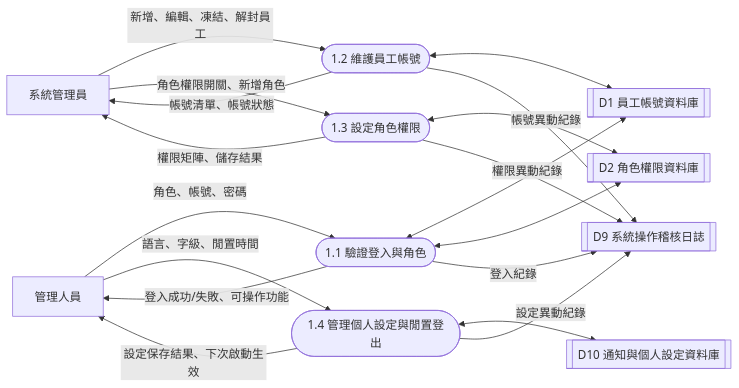
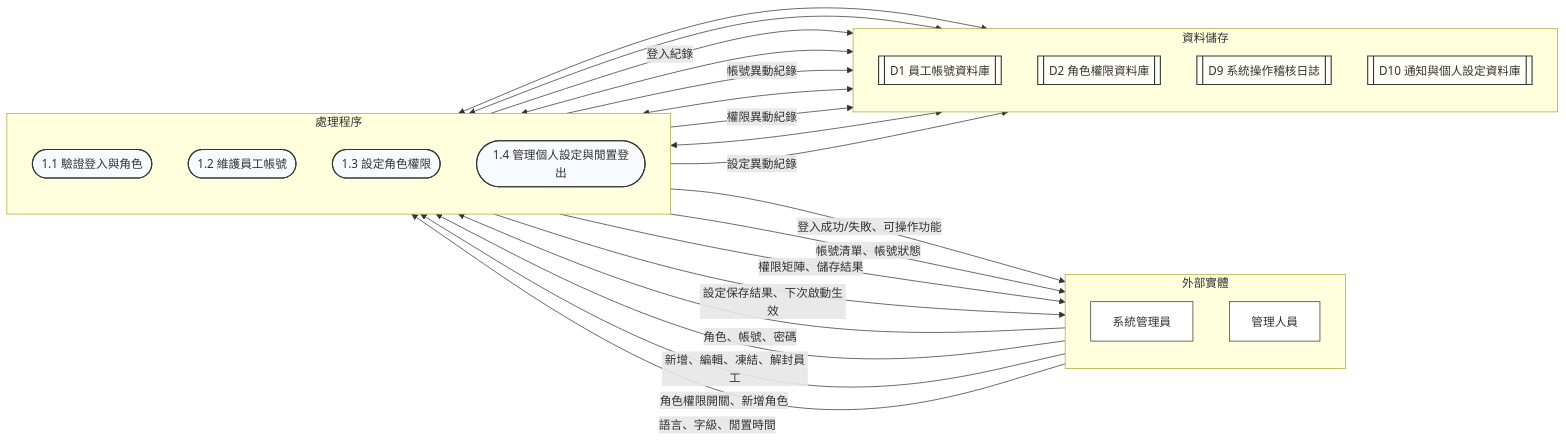
One commit to benson927/LINE_FARM changed the fourth of 9 diagrams in docs/dfd-diagrams.md. Above: the diagram before and after it, drawn with Mermaid. The commit also changed other lines of this file, not shown here.

Commit message:
Improve DFD diagram layout

````diff
--- a/docs/dfd-diagrams.md
+++ b/docs/dfd-diagrams.md
@@ -187,34 +220,52 @@
 ```mermaid
 flowchart LR
-  Admin[系統管理員]
-  Staff[管理人員]
-  P11([1.1 驗證登入與角色])
-  P12([1.2 維護員工帳號])
-  P13([1.3 設定角色權限])
-  P14([1.4 管理個人設定與閒置登出])
-  D1[[D1 員工帳號資料庫]]
-  D2[[D2 角色權限資料庫]]
-  D9[[D9 系統操作稽核日誌]]
-  D10[[D10 通知與個人設定資料庫]]
+  subgraph Actors[外部實體]
+    direction TB
+    Admin[系統管理員]
+    Staff[管理人員]
+  end
+
+  subgraph Processes[處理程序]
+    direction TB
+    P11([1.1 驗證登入與角色])
+    P12([1.2 維護員工帳號])
+    P13([1.3 設定角色權限])
+    P14([1.4 管理個人設定與閒置登出])
+  end
+
+  subgraph Stores[資料儲存]
+    direction TB
+    D1[[D1 員工帳號資料庫]]
+    D2[[D2 角色權限資料庫]]
+    D9[[D9 系統操作稽核日誌]]
+    D10[[D10 通知與個人設定資料庫]]
+  end
 
   Staff -->|角色、帳號、密碼| P11
   P11 <--> D1
   P11 <--> D2
   P11 -->|登入成功/失敗、可操作功能| Staff
   P11 -->|登入紀錄| D9
 
   Admin -->|新增、編輯、凍結、解封員工| P12
   P12 <--> D1
   P12 -->|帳號清單、帳號狀態| Admin
   P12 -->|帳號異動紀錄| D9
 
   Admin -->|角色權限開關、新增角色| P13
   P13 <--> D2
   P13 -->|權限矩陣、儲存結果| Admin
   P13 -->|權限異動紀錄| D9
 
   Staff -->|語言、字級、閒置時間| P14
   P14 <--> D10
   P14 -->|設定保存結果、下次啟動生效| Staff
   P14 -->|設定異動紀錄| D9
+
+  classDef entity fill:#ffffff,stroke:#2f3a35,stroke-width:1px;
+  classDef process fill:#f7fbff,stroke:#2f3a35,stroke-width:1.5px;
+  classDef store fill:#fffef7,stroke:#2f3a35,stroke-width:1.5px;
+  class Admin,Staff entity;
+  class P11,P12,P13,P14 process;
+  class D1,D2,D9,D10 store;
 ```
````
